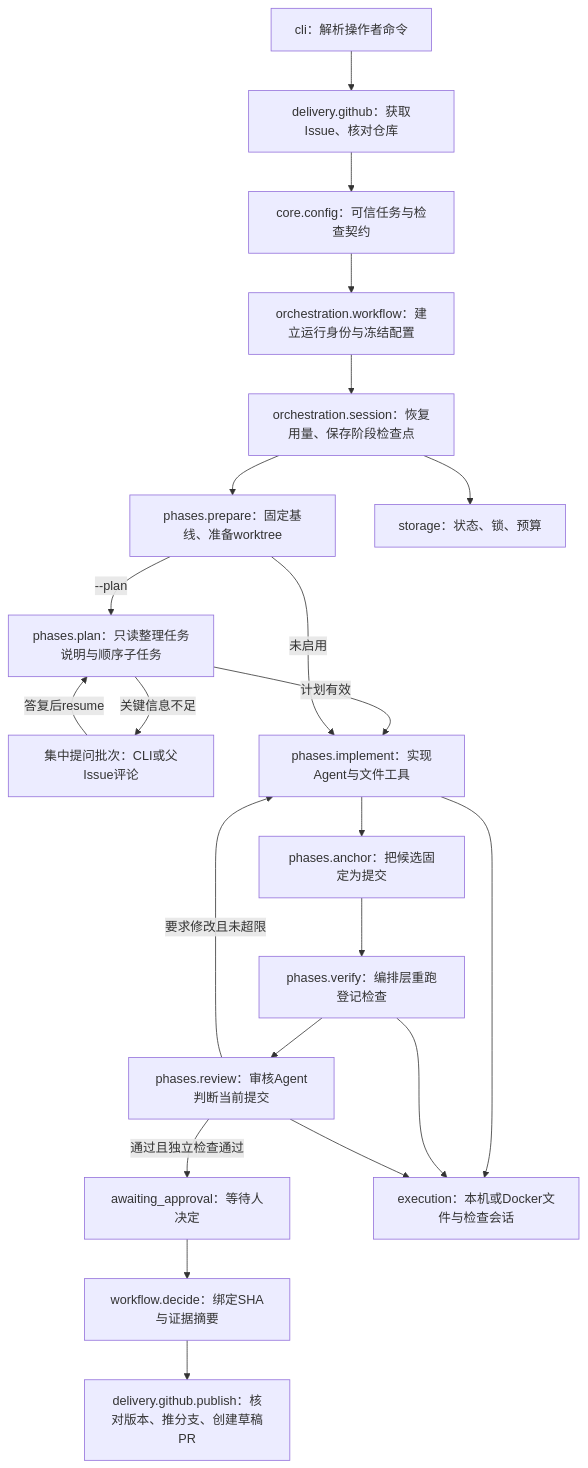
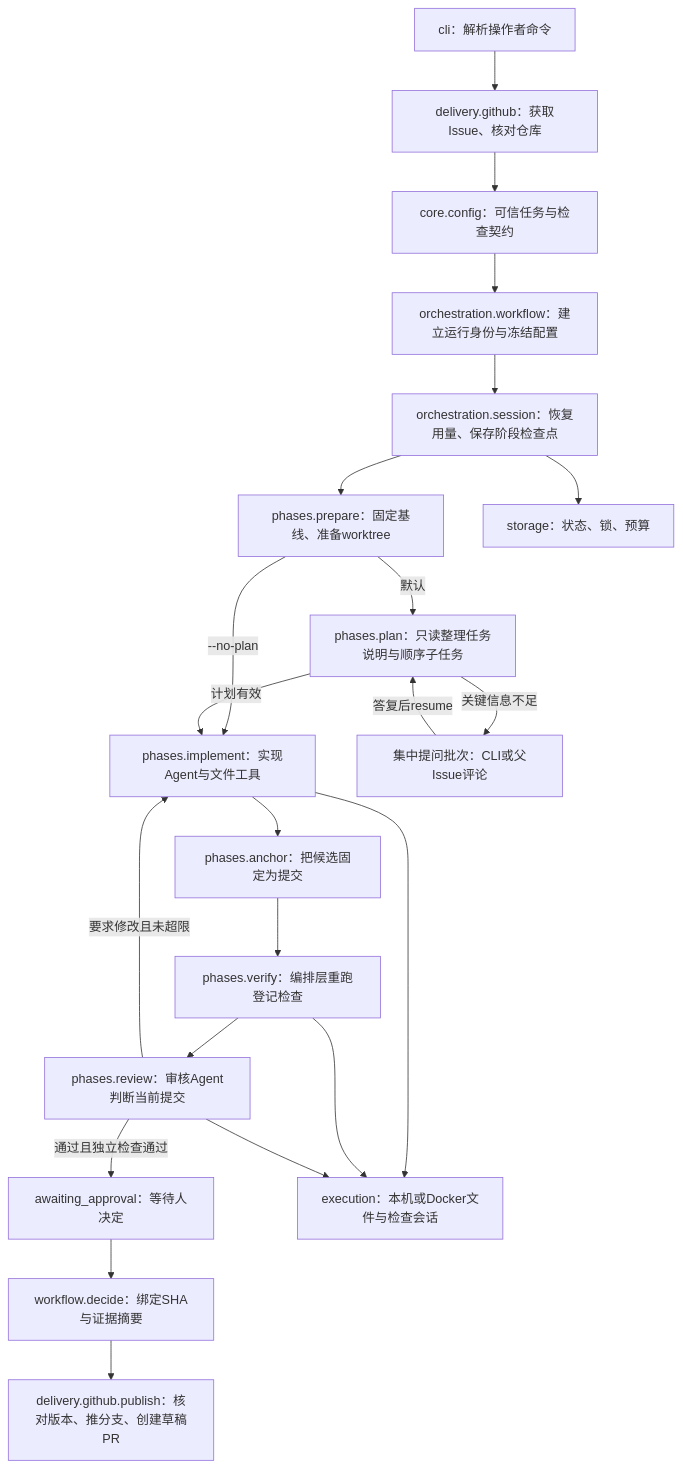
The diagram in docs/runtime-v2/DESIGN.md (saikaji0314/repopilot), drawn with Mermaid before and after one commit. The commit also changed other lines of this file and 29 other files, not shown here.

````diff
--- a/docs/runtime-v2/DESIGN.md
+++ b/docs/runtime-v2/DESIGN.md
@@ -7,24 +7,24 @@
 ```mermaid
 flowchart TD
     CLI[cli：解析操作者命令] --> IN[delivery.github：获取Issue、核对仓库]
     IN --> TASK[core.config：可信任务与检查契约]
     TASK --> JOB[orchestration.workflow：建立运行身份与冻结配置]
     JOB --> SESSION[orchestration.session：恢复用量、保存阶段检查点]
     SESSION --> PREP[phases.prepare：固定基线、准备worktree]
-    PREP -->|--plan| PLAN[phases.plan：只读整理任务说明与顺序子任务]
+    PREP -->|默认| PLAN[phases.plan：只读整理任务说明与顺序子任务]
+    PREP -->|--no-plan| IMPL[phases.implement：实现Agent与文件工具]
     PLAN -->|关键信息不足| ASK[集中提问批次：CLI或父Issue评论]
     ASK -->|答复后resume| PLAN
     PLAN -->|计划有效| IMPL
-    PREP -->|未启用| IMPL[phases.implement：实现Agent与文件工具]
     IMPL --> ANCHOR[phases.anchor：把候选固定为提交]
     ANCHOR --> VERIFY[phases.verify：编排层重跑登记检查]
     VERIFY --> REVIEW[phases.review：审核Agent判断当前提交]
     REVIEW -->|要求修改且未超限| IMPL
     REVIEW -->|通过且独立检查通过| WAIT[awaiting_approval：等待人决定]
     WAIT --> APPROVE[workflow.decide：绑定SHA与证据摘要]
     APPROVE --> PUB[delivery.github.publish：核对版本、推分支、创建草稿PR]
     SESSION --> DB[storage：状态、锁、预算]
     IMPL --> EXEC[execution：本机或Docker文件与检查会话]
     VERIFY --> EXEC
     REVIEW --> EXEC
 ```
````
